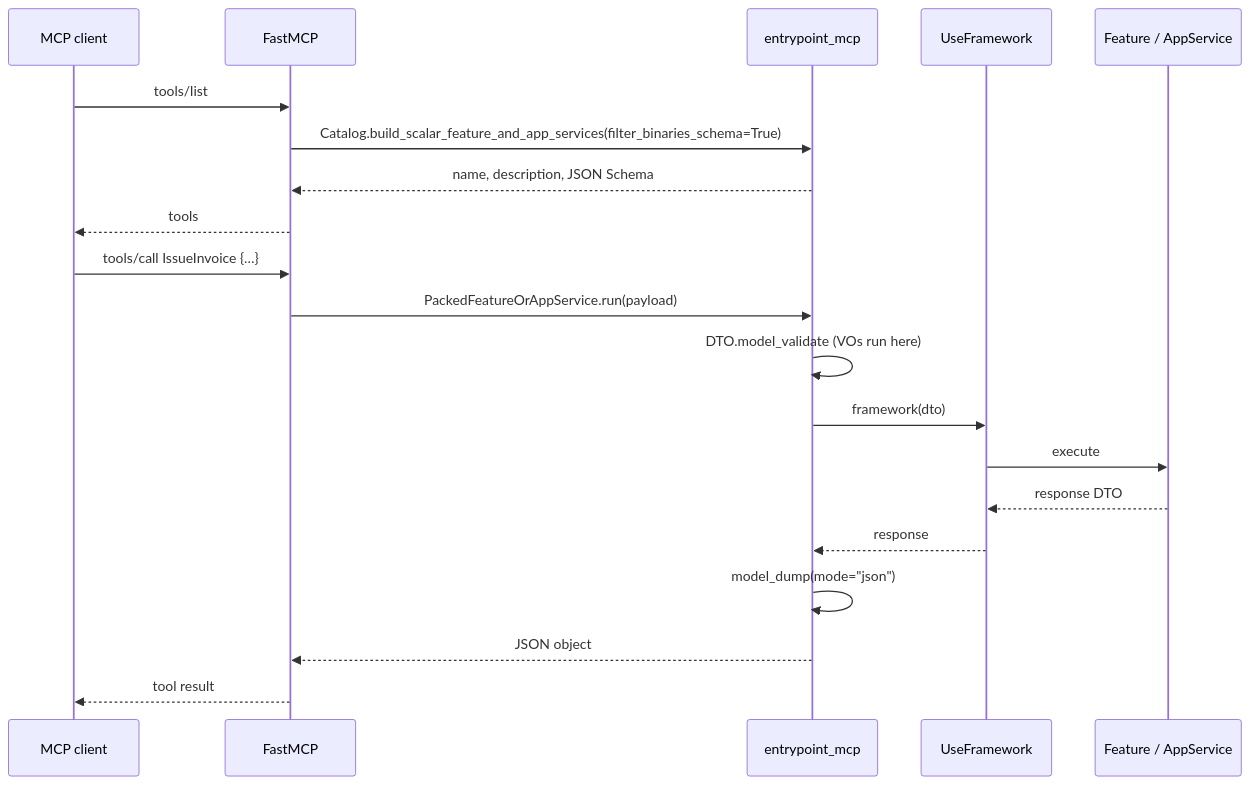
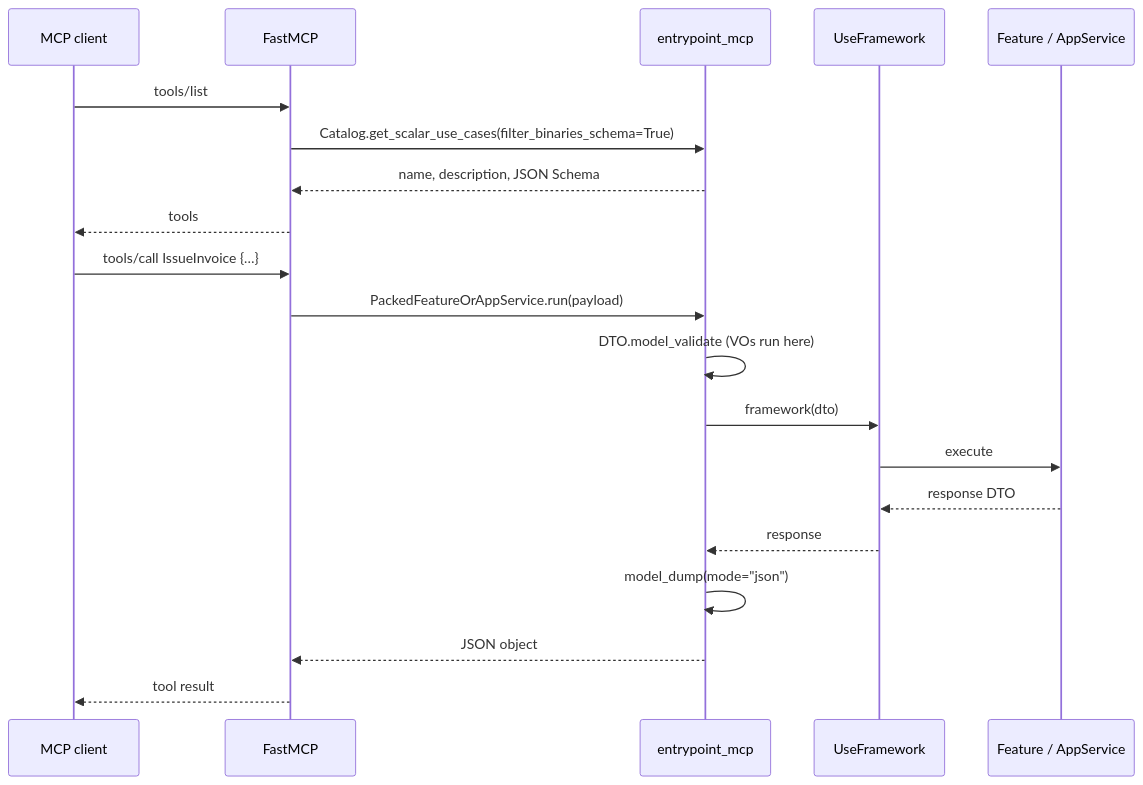
The diagram in docs/architecture/entrypoint_mcp.md (Sincpro-SRL/sincpro_framework), drawn with Mermaid before and after one commit. The commit also changed 2 other files, not shown here.

Commit message:
refine: Refactorizacion capa de entrypoints o gateway

````diff
--- a/docs/architecture/entrypoint_mcp.md
+++ b/docs/architecture/entrypoint_mcp.md
@@ -134,24 +134,24 @@
 ```mermaid
 sequenceDiagram
     participant Agent as MCP client
     participant Host as FastMCP
     participant EP as entrypoint_mcp
     participant Bus as UseFramework
     participant F as Feature / AppService
 
     Agent->>Host: tools/list
-    Host->>EP: Catalog.build_scalar_feature_and_app_services(filter_binaries_schema=True)
+    Host->>EP: Catalog.get_scalar_use_cases(filter_binaries_schema=True)
     EP-->>Host: name, description, JSON Schema
     Host-->>Agent: tools
 
     Agent->>Host: tools/call IssueInvoice {…}
     Host->>EP: PackedFeatureOrAppService.run(payload)
     EP->>EP: DTO.model_validate (VOs run here)
     EP->>Bus: framework(dto)
     Bus->>F: execute
     F-->>Bus: response DTO
     Bus-->>EP: response
     EP->>EP: model_dump(mode="json")
     EP-->>Host: JSON object
     Host-->>Agent: tool result
 ```
````
